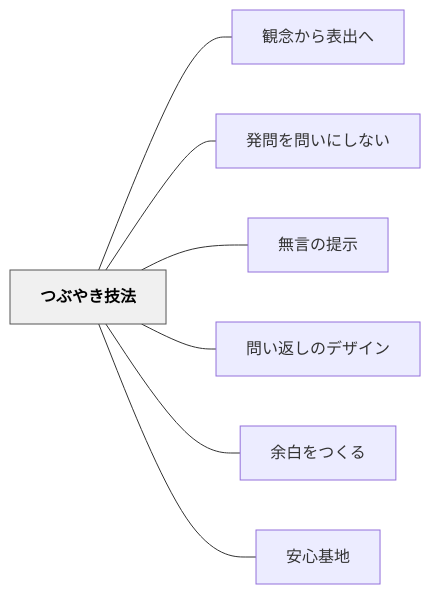
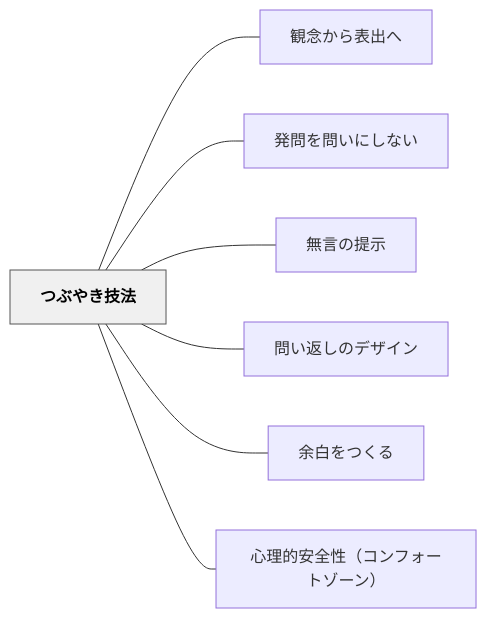
Before and after one commit to unknownthings-ed-patterns/unknownthings-ed-patterns: the diagram in content/パタン/つぶやき技法.md, drawn with Mermaid. The commit also changed other lines of this file and 30 other files, not shown here.

````diff
--- a/content/パタン/つぶやき技法.md
+++ b/content/パタン/つぶやき技法.md
@@ -54,20 +54,20 @@
 ```mermaid
 flowchart LR
     ne381a4e381b6e38284e3818de68a80e6b395["つぶやき技法"]
     ne8a6b3e5bfb5e3818be38289e8a1a8e587bae381b8["観念から表出へ"]
     ne799bae5958fe38292e5958fe38184e381abe38197e381aae38184["発問を問いにしない"]
     ne784a1e8a880e381aee68f90e7a4ba["無言の提示"]
     ne5958fe38184e8bf94e38197e381aee38387e382b6e382a4e383b3["問い返しのデザイン"]
     ne4bd99e799bde38292e381a4e3818fe3828b["余白をつくる"]
-    ne5ae89e5bf83e59fbae59cb0["安心基地"]
+    ne5bf83e79086e79a84e5ae89e585a8e680a7efbc88e382b3e383b3e38395e382a9e383bce38388e382bee383bce383b3efbc89["心理的安全性（コンフォートゾーン）"]
 
     ne381a4e381b6e38284e3818de68a80e6b395 --- ne8a6b3e5bfb5e3818be38289e8a1a8e587bae381b8
     ne381a4e381b6e38284e3818de68a80e6b395 --- ne799bae5958fe38292e5958fe38184e381abe38197e381aae38184
     ne381a4e381b6e38284e3818de68a80e6b395 --- ne784a1e8a880e381aee68f90e7a4ba
     ne381a4e381b6e38284e3818de68a80e6b395 --- ne5958fe38184e8bf94e38197e381aee38387e382b6e382a4e383b3
     ne381a4e381b6e38284e3818de68a80e6b395 --- ne4bd99e799bde38292e381a4e3818fe3828b
-    ne381a4e381b6e38284e3818de68a80e6b395 --- ne5ae89e5bf83e59fbae59cb0
+    ne381a4e381b6e38284e3818de68a80e6b395 --- ne5bf83e79086e79a84e5ae89e585a8e680a7efbc88e382b3e383b3e38395e382a9e383bce38388e382bee383bce383b3efbc89
 
     classDef hub fill:#f0f0f0,stroke:#555,color:#000,font-weight:bold
     class ne381a4e381b6e38284e3818de68a80e6b395 hub
 ```
````
